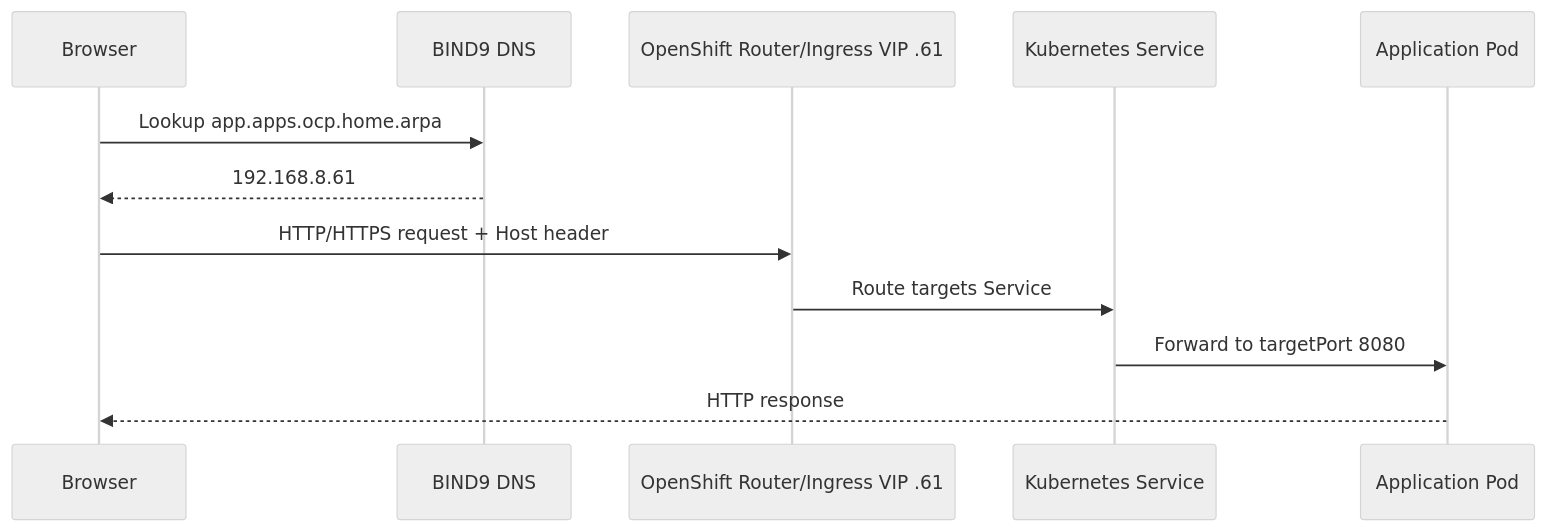
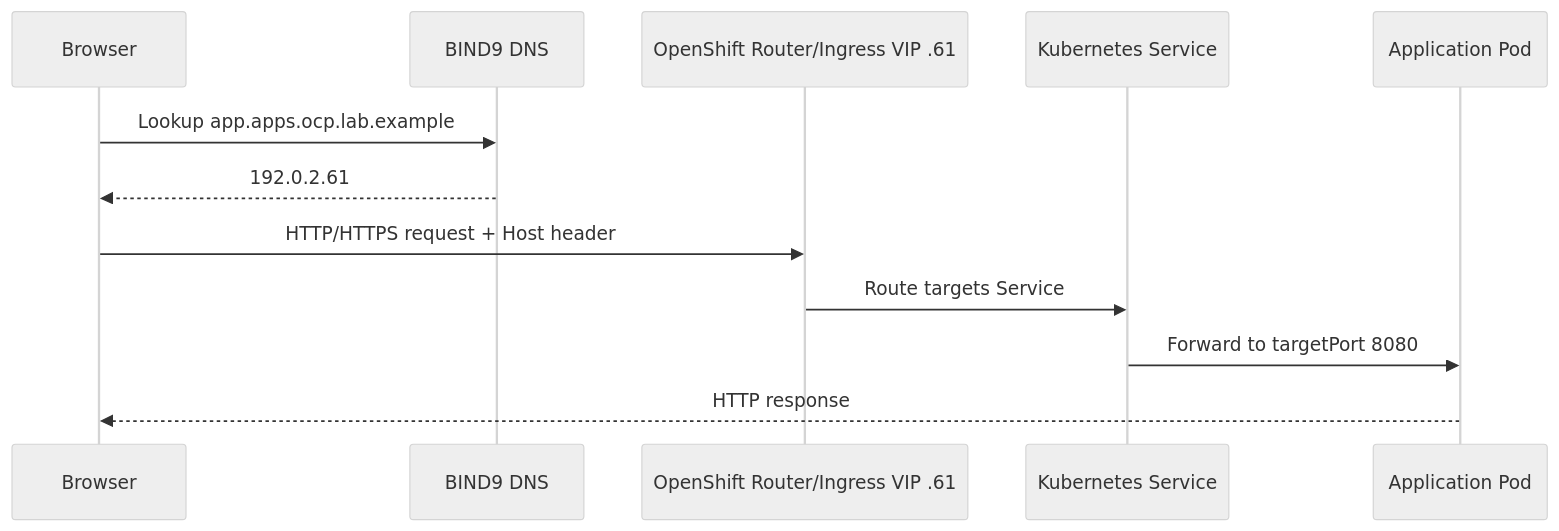
One commit to MahesanT/Openshift-on-VMware changed the diagram in docs/LLD_OpenShift_on_VMware.md. Above: the diagram before and after it, drawn with Mermaid (neutral theme). The commit also changed other lines of this file, not shown here.

Commit message:
Anonymize public OpenShift lab network and infrastructure identifiers

````diff
--- a/docs/LLD_OpenShift_on_VMware.md
+++ b/docs/LLD_OpenShift_on_VMware.md
@@ -197,14 +199,14 @@
 ```mermaid
 sequenceDiagram
   participant B as Browser
   participant D as BIND9 DNS
   participant R as OpenShift Router/Ingress VIP .61
   participant S as Kubernetes Service
   participant P as Application Pod
-  B->>D: Lookup app.apps.ocp.home.arpa
-  D-->>B: 192.168.8.61
+  B->>D: Lookup app.apps.ocp.lab.example
+  D-->>B: 192.0.2.61
   B->>R: HTTP/HTTPS request + Host header
   R->>S: Route targets Service
   S->>P: Forward to targetPort 8080
   P-->>B: HTTP response
 ```
````
